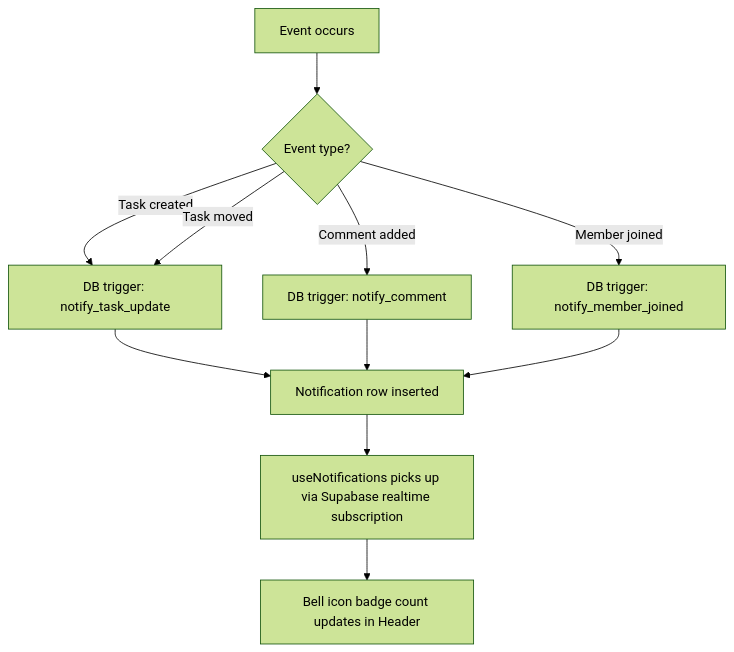
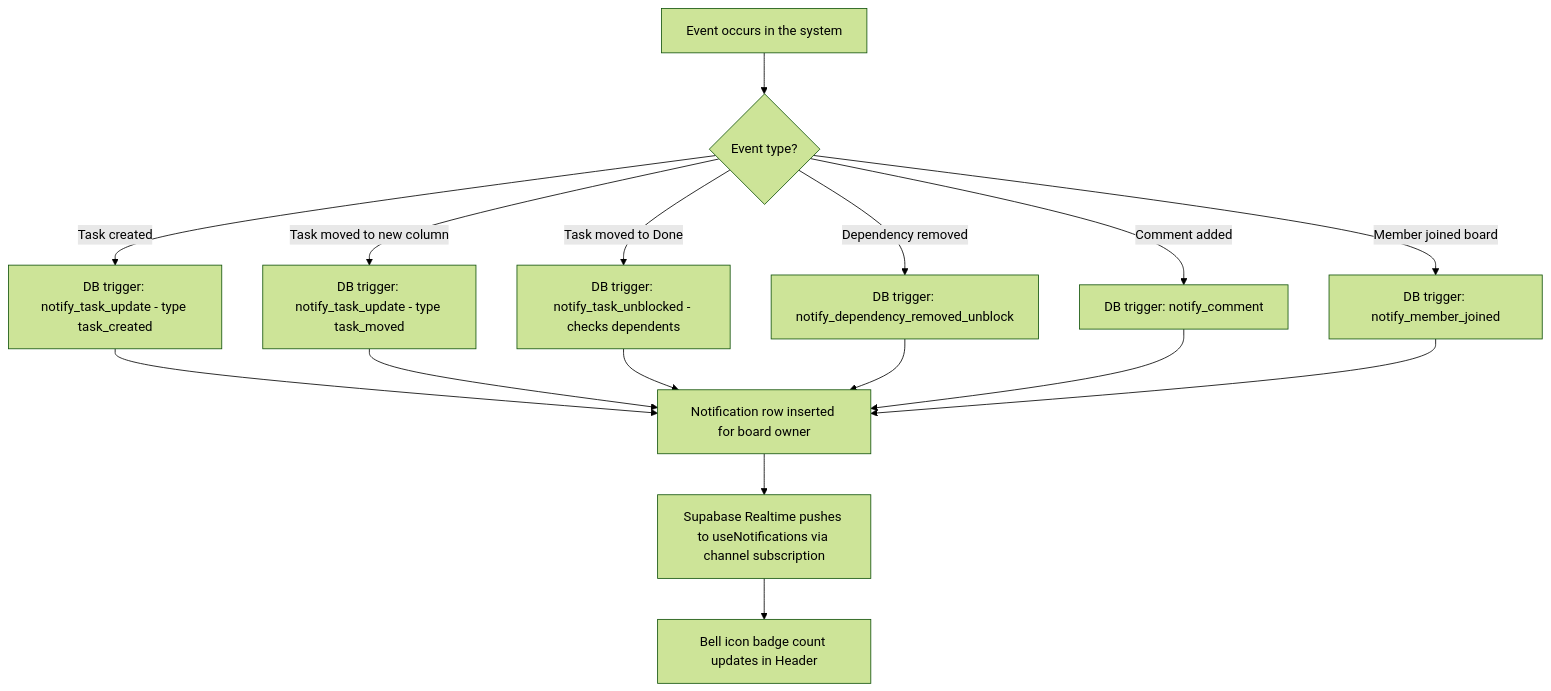
Before and after one commit to PrakritOjha/flowlink-tasks: diagram 19 of 31 in userflow.md, drawn with Mermaid (forest theme). The commit also changed other lines of this file and 4 other files, not shown here.

First line of the commit message:
feat: Update user flow documentation with detailed steps for account creation, sign in, and board management

````diff
--- a/userflow.md
+++ b/userflow.md
@@ -191,13 +296,18 @@
 ```mermaid
 flowchart TD
-    A[Event occurs] --> B{Event type?}
-    B -- Task created --> C[DB trigger: notify_task_update]
-    B -- Task moved --> C
-    B -- Comment added --> D[DB trigger: notify_comment]
-    B -- Member joined --> E[DB trigger: notify_member_joined]
-    C --> F[Notification row inserted]
-    D --> F
-    E --> F
-    F --> G[useNotifications picks up via Supabase realtime subscription]
-    G --> H[Bell icon badge count updates in Header]
+    A[Event occurs in the system] --> B{Event type?}
+    B -- Task created --> C[DB trigger: notify_task_update - type task_created]
+    B -- Task moved to new column --> D[DB trigger: notify_task_update - type task_moved]
+    B -- Task moved to Done --> E[DB trigger: notify_task_unblocked - checks dependents]
+    B -- Dependency removed --> F[DB trigger: notify_dependency_removed_unblock]
+    B -- Comment added --> G[DB trigger: notify_comment]
+    B -- Member joined board --> H[DB trigger: notify_member_joined]
+    C --> I[Notification row inserted for board owner]
+    D --> I
+    E --> I
+    F --> I
+    G --> I
+    H --> I
+    I --> J[Supabase Realtime pushes to useNotifications via channel subscription]
+    J --> K[Bell icon badge count updates in Header]
 ```
````
